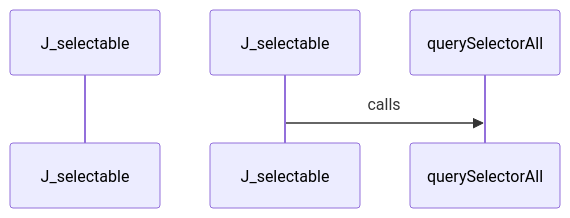
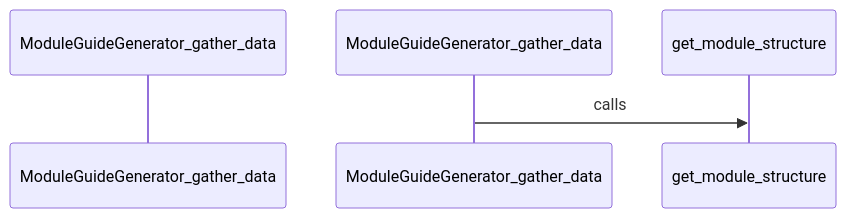
Diagram 17 of 27 in docs/CALL_FLOW.md (hazalkoom/DECODEx01), drawn with Mermaid before and after one commit. The commit also changed other lines of this file and 12 other files, not shown here.

````diff
--- a/docs/CALL_FLOW.md
+++ b/docs/CALL_FLOW.md
@@ -807,9 +681,9 @@
 ```mermaid
 sequenceDiagram
-    participant Start as J_selectable
+    participant Start as ModuleGuideGenerator_gather_data
 
 
-    J_selectable->>querySelectorAll: calls
+    ModuleGuideGenerator_gather_data->>get_module_structure: calls
 
 
 ```
````
